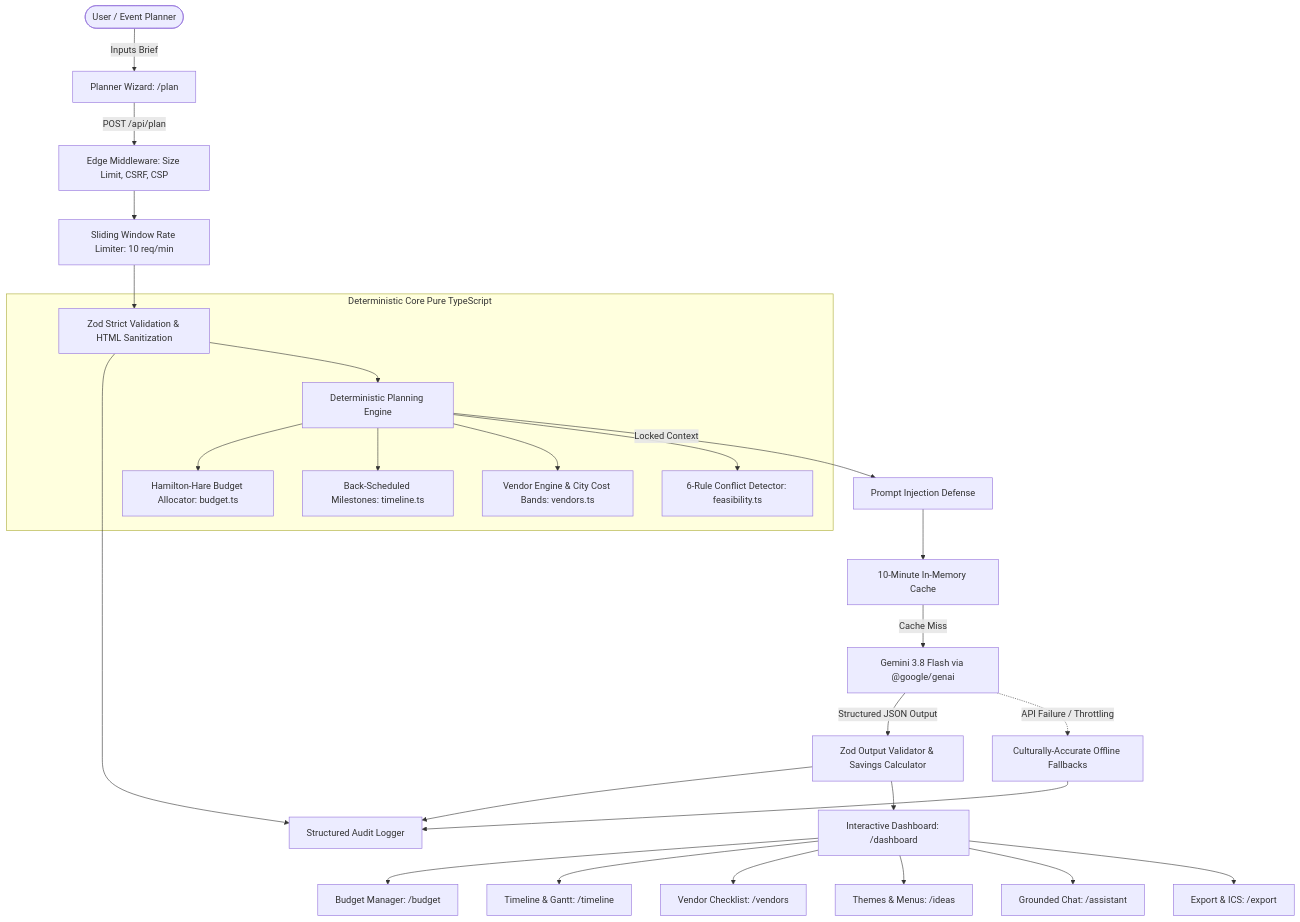
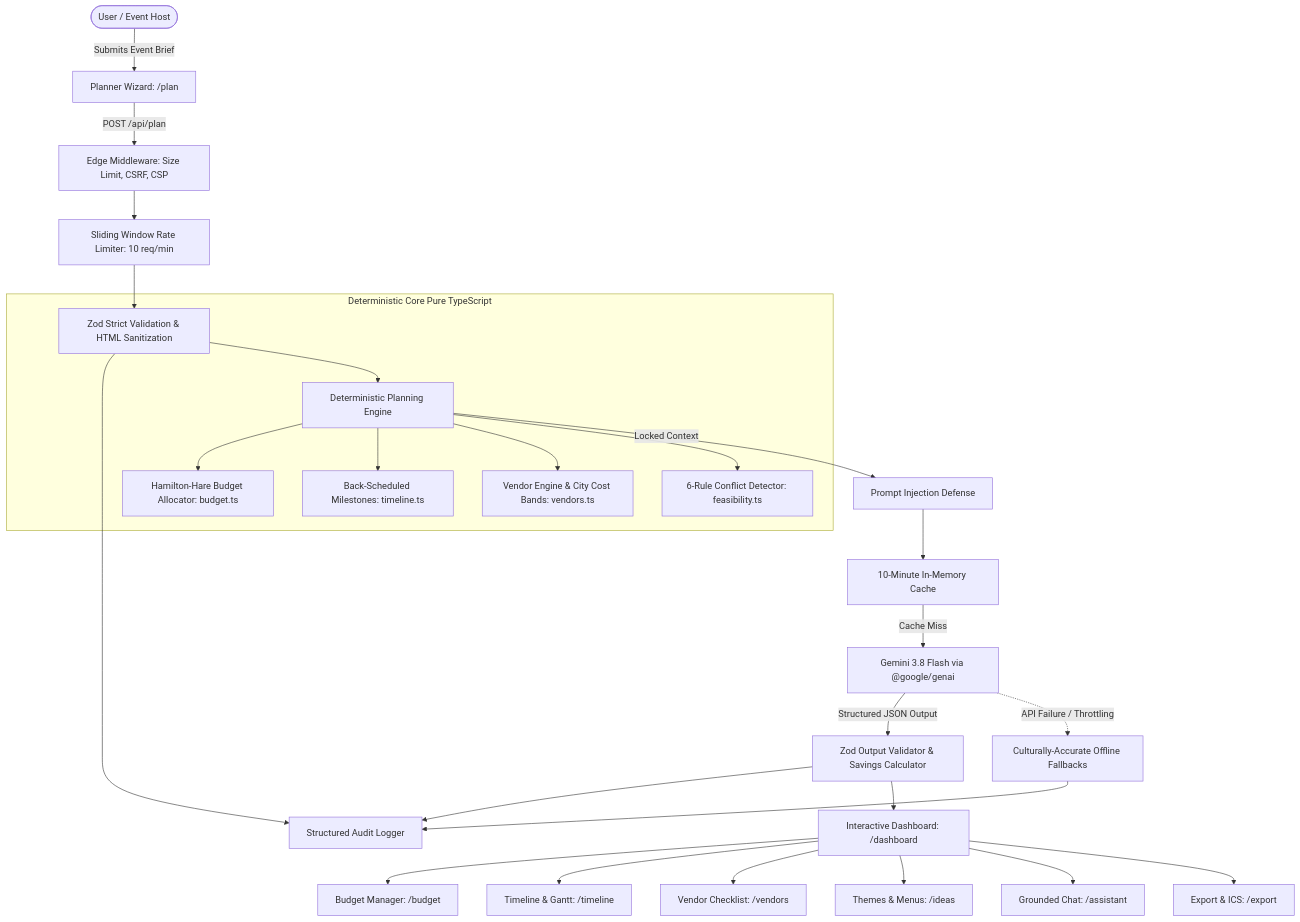
One commit to psryogeshwar-14/CelebrateAI changed the diagram in README.md. Above: the diagram before and after it, drawn with Mermaid. The commit also changed other lines of this file and 3 other files, not shown here.

````diff
--- a/README.md
+++ b/README.md
@@ -19,32 +39,32 @@
 ```mermaid
 flowchart TD
-    User([User / Event Planner]) -->|Inputs Brief| Wizard[Planner Wizard: /plan]
+    User([User / Event Host]) -->|Submits Event Brief| Wizard[Planner Wizard: /plan]
     Wizard -->|POST /api/plan| EdgeGuard[Edge Middleware: Size Limit, CSRF, CSP]
     EdgeGuard --> RateLimit[Sliding Window Rate Limiter: 10 req/min]
     RateLimit --> ZodStrict[Zod Strict Validation & HTML Sanitization]
     ZodStrict --> Audit[Structured Audit Logger]
 
     subgraph Deterministic Core Pure TypeScript
         ZodStrict --> Engine[Deterministic Planning Engine]
         Engine --> Allocator[Hamilton-Hare Budget Allocator: budget.ts]
         Engine --> Scheduler[Back-Scheduled Milestones: timeline.ts]
         Engine --> VendorRules[Vendor Engine & City Cost Bands: vendors.ts]
         Engine --> Feasibility[6-Rule Conflict Detector: feasibility.ts]
     end
 
     Engine -->|Locked <computed_plan> Context| Prompts[Prompt Injection Defense]
     Prompts --> Cache[10-Minute In-Memory Cache]
     Cache -->|Cache Miss| Gemini[Gemini 3.8 Flash via @google/genai]
     Gemini -->|Structured JSON Output| Validator[Zod Output Validator & Savings Calculator]
     Gemini -.->|API Failure / Throttling| Fallback[Culturally-Accurate Offline Fallbacks]
     Validator --> Audit
     Fallback --> Audit
 
     Validator --> Dashboard[Interactive Dashboard: /dashboard]
     Dashboard --> BudgetPage[Budget Manager: /budget]
     Dashboard --> TimelinePage[Timeline & Gantt: /timeline]
     Dashboard --> VendorPage[Vendor Checklist: /vendors]
     Dashboard --> IdeasPage[Themes & Menus: /ideas]
     Dashboard --> AssistantPage[Grounded Chat: /assistant]
     Dashboard --> ExportPage[Export & ICS: /export]
 ```
````
